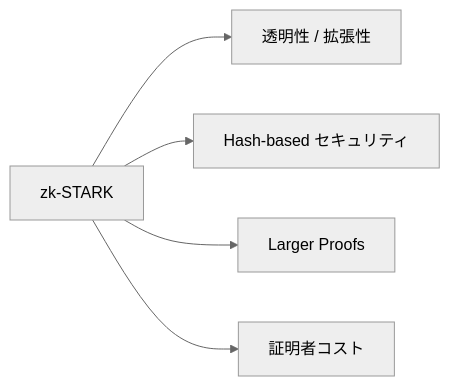
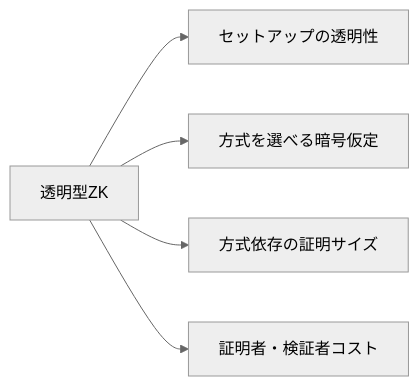
One commit to ShigeichiroYamasaki/creator-first-platform changed diagram 19 of 43 in docs/whitepaper/09-technology.md. Above: the diagram before and after it, drawn with Mermaid (neutral theme). The commit also changed other lines of this file and 42 other files, not shown here.

Commit message:
Design production service architecture

````diff
--- a/docs/whitepaper/09-technology.md
+++ b/docs/whitepaper/09-technology.md
@@ -773,8 +765,8 @@
 ```mermaid
 flowchart LR
-    STARK[zk-STARK]
-    STARK --> PLUS[透明性 / 拡張性]
-    STARK --> PLUS2[Hash-based セキュリティ]
-    STARK --> MINUS[Larger Proofs]
-    STARK --> MINUS2[証明者コスト]
+    ZK[透明型ZK]
+    ZK --> PLUS[セットアップの透明性]
+    ZK --> PLUS2[方式を選べる暗号仮定]
+    ZK --> MINUS[方式依存の証明サイズ]
+    ZK --> MINUS2[証明者・検証者コスト]
 ```
````
